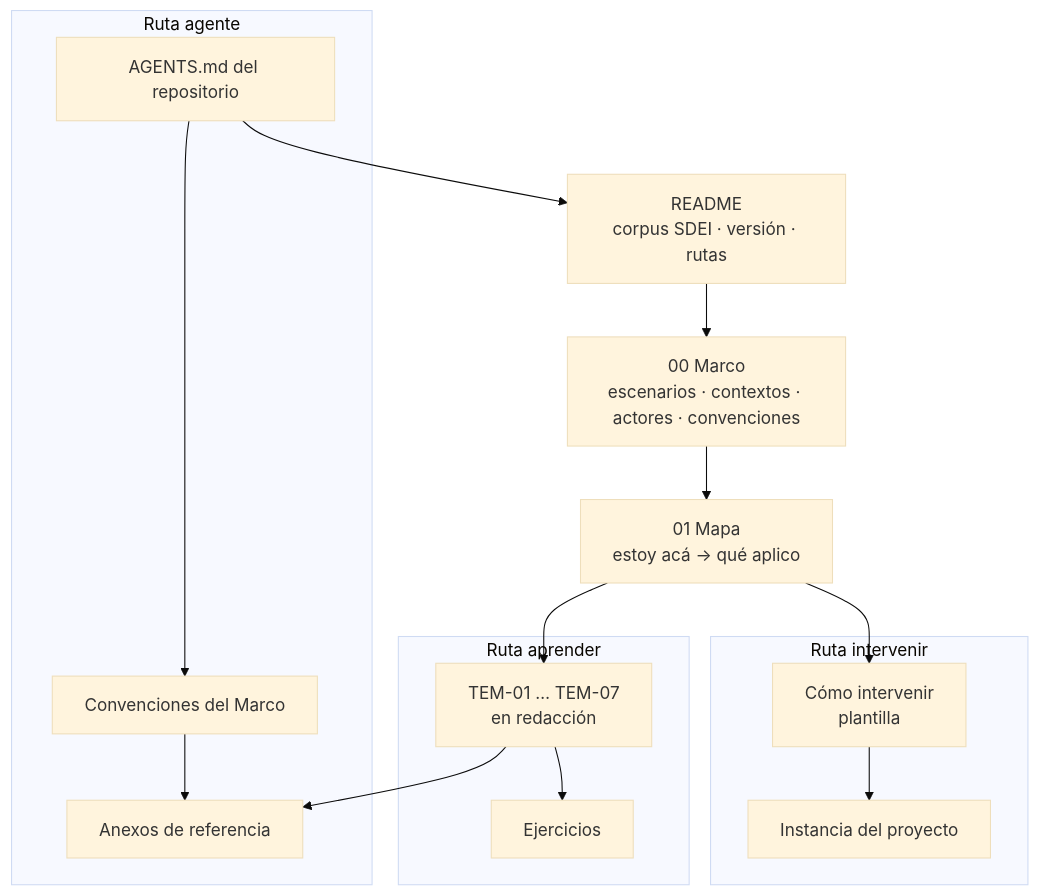
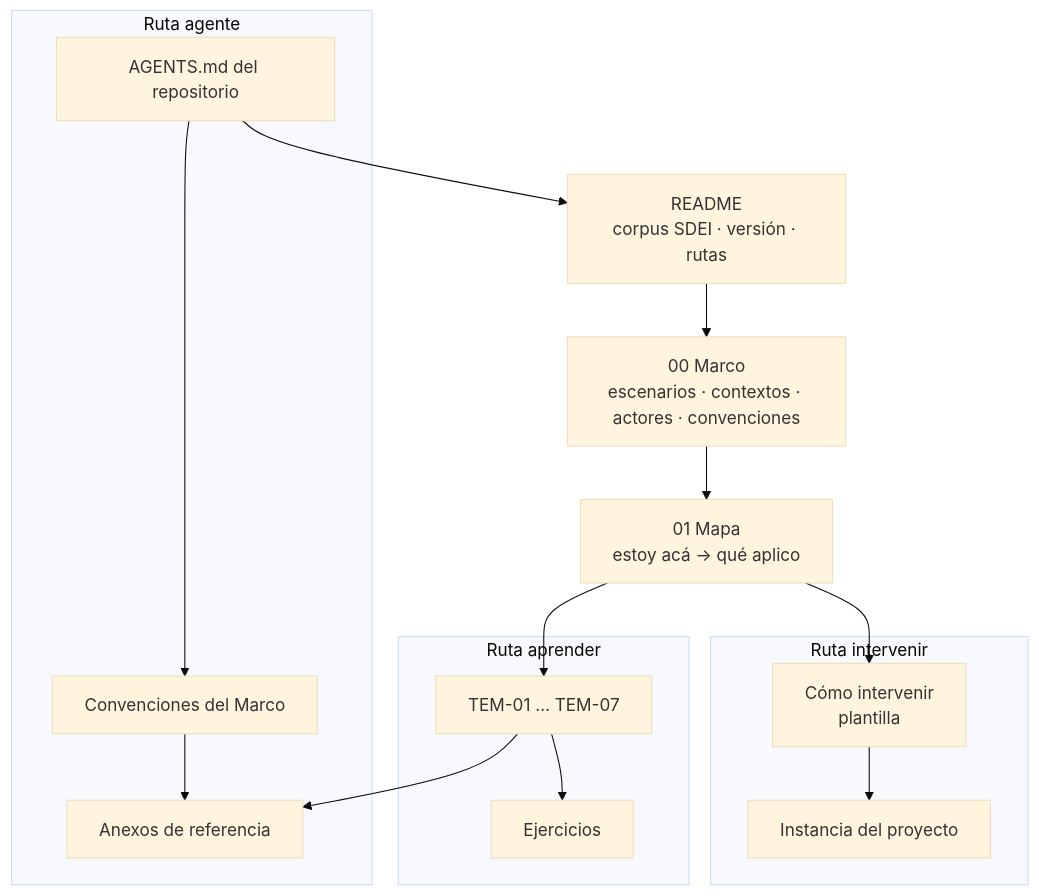
One commit to hdcm-dev/Lab-Documentos changed the diagram in Guides/Documentacion-Tecnica/Sistema-De-Documentacion-E-Integracion/README.md. Above: the diagram before and after it, drawn with Mermaid (base theme). The commit also changed other lines of this file and 5 other files, not shown here.

````diff
--- a/Guides/Documentacion-Tecnica/Sistema-De-Documentacion-E-Integracion/README.md
+++ b/Guides/Documentacion-Tecnica/Sistema-De-Documentacion-E-Integracion/README.md
@@ -70,19 +70,19 @@
 ```mermaid
 flowchart TB
   R["README<br/>corpus SDEI · versión · rutas"] --> M["00 Marco<br/>escenarios · contextos · actores · convenciones"]
   M --> MAPA["01 Mapa<br/>estoy acá → qué aplico"]
   subgraph APR["Ruta aprender"]
-    T["TEM-01 … TEM-07<br/>en redacción"] --> EJ["Ejercicios"]
+    T["TEM-01 … TEM-07"] --> EJ["Ejercicios"]
   end
   subgraph INT["Ruta intervenir"]
     CI["Cómo intervenir<br/>plantilla"] --> PL["Instancia del proyecto"]
   end
   subgraph AGE["Ruta agente"]
     AG["AGENTS.md del repositorio"] --> CONV["Convenciones del Marco"]
     CONV --> ANX["Anexos de referencia"]
   end
   MAPA --> T
   MAPA --> CI
   AG --> R
   T --> ANX
 ```
````
